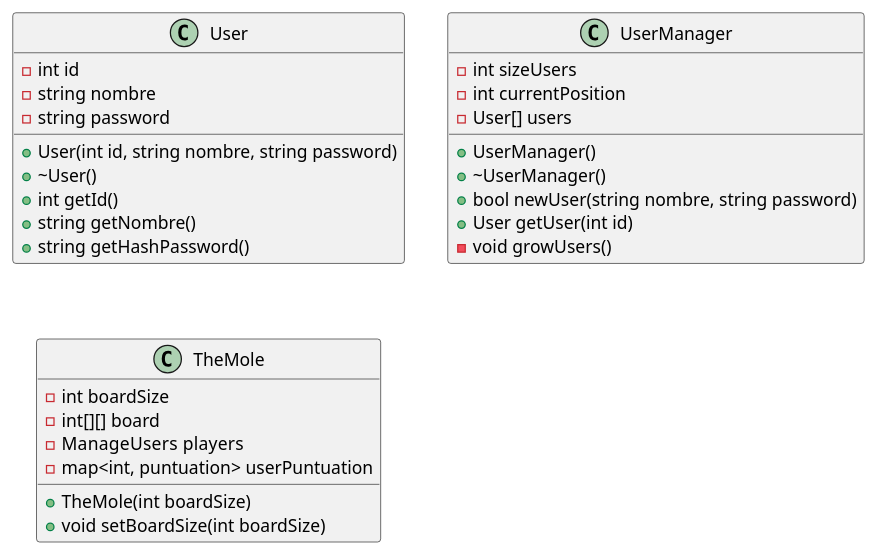
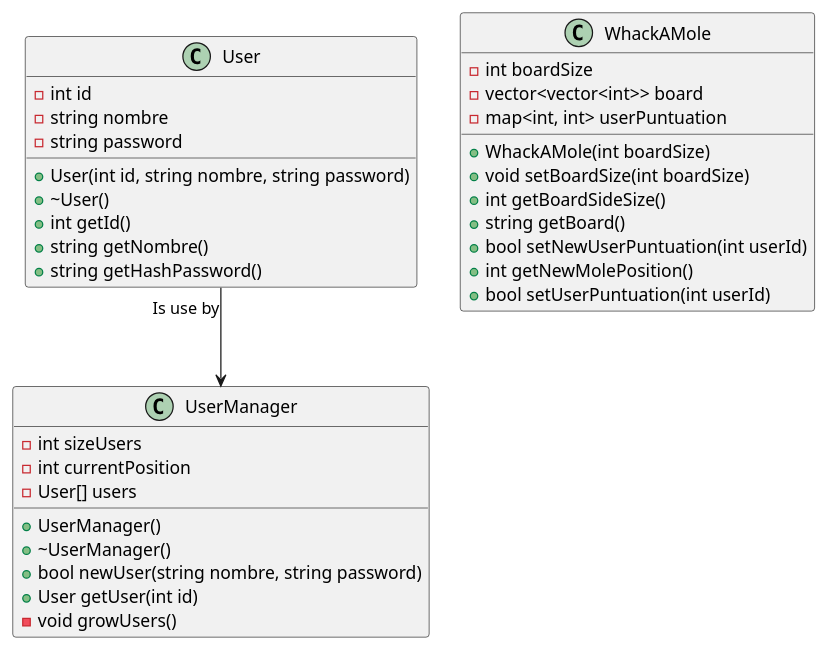
Before and after one commit to Tanque40/proyecto_alpha_sistemas_distribuidos: the diagram in docs/arch.plantuml, drawn with PlantUML. The commit also changed 5 other files, not shown here.

```diff
--- a/docs/arch.plantuml
+++ b/docs/arch.plantuml
@@ -1,37 +1,43 @@
 @startuml arch_proyecto_alpha
 
 class User {
     - int id
     - string nombre
     - string password
 
     + User(int id, string nombre, string password)
     + \~User()
     + int getId()
     + string getNombre()
     + string getHashPassword()
 }
 
 class UserManager {
     - int sizeUsers
     - int currentPosition
     - User[] users
 
     + UserManager()
     + \~UserManager()
     + bool newUser(string nombre, string password)
     + User getUser(int id)
     - void growUsers()
 }
 
-class TheMole {
+class WhackAMole {
     - int boardSize
-    - int[][] board
-    - ManageUsers  players
-    - map<int, puntuation> userPuntuation
+    - vector<vector<int>> board
+    - map<int, int> userPuntuation
 
-    + TheMole(int boardSize)
+    + WhackAMole(int boardSize)
     + void setBoardSize(int boardSize)
+    + int getBoardSideSize()
+    + string getBoard()
+    + bool setNewUserPuntuation(int userId)
+    + int getNewMolePosition()
+    + bool setUserPuntuation(int userId)
 }
 
+User "Is use by" --> UserManager 
+
 @enduml
```
